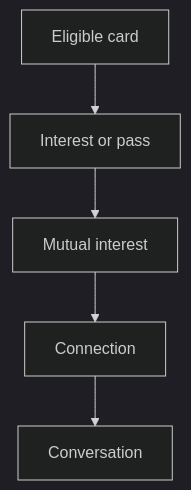
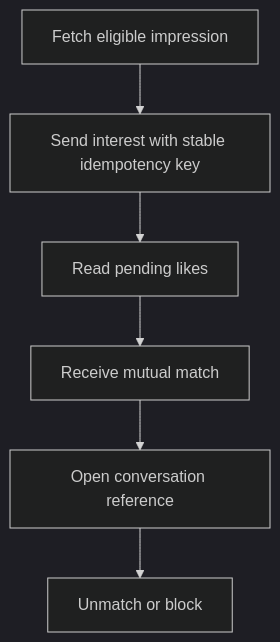
Before and after one commit to thams-geth/dogdating-api: the diagram in docs/handovers/M07.md, drawn with Mermaid (dark theme). The commit also changed other lines of this file and 22 other files, not shown here.

Commit message:
feat(connections): add impression-bound likes and atomic mutual matches

````diff
--- a/docs/handovers/M07.md
+++ b/docs/handovers/M07.md
@@ -15,12 +15,14 @@
 ```mermaid
 flowchart TD
-  S0["Eligible card"]
-  S1["Interest or pass"]
-  S2["Mutual interest"]
-  S3["Connection"]
-  S4["Conversation"]
+  S0["Fetch eligible impression"]
+  S1["Send interest with stable idempotency key"]
+  S2["Read pending likes"]
+  S3["Receive mutual match"]
+  S4["Open conversation reference"]
+  S5["Unmatch or block"]
   S0 --> S1
   S1 --> S2
   S2 --> S3
   S3 --> S4
+  S4 --> S5
 ```
````
